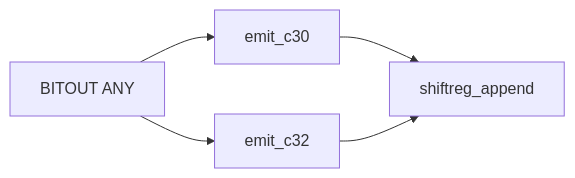
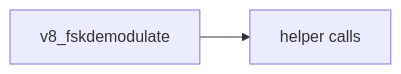
Before and after one commit to cryan209/D-Modem: the third of 3 diagrams in doc/v8_fskdemodulate_state_graph_3plane.md, drawn with Mermaid. The commit also changed other lines of this file and 239 other files, not shown here.

````diff
--- a/doc/v8_fskdemodulate_state_graph_3plane.md
+++ b/doc/v8_fskdemodulate_state_graph_3plane.md
@@ -49,7 +25,4 @@
-```mermaid
+~~~mermaid
 flowchart LR
-  BANY[BITOUT ANY] --> B30[emit_c30]
-  BANY --> B32[emit_c32]
-  B30 --> SH[shiftreg_append]
-  B32 --> SH
-```
+  C0[v8_fskdemodulate] --> C1[helper calls]
+~~~
````
